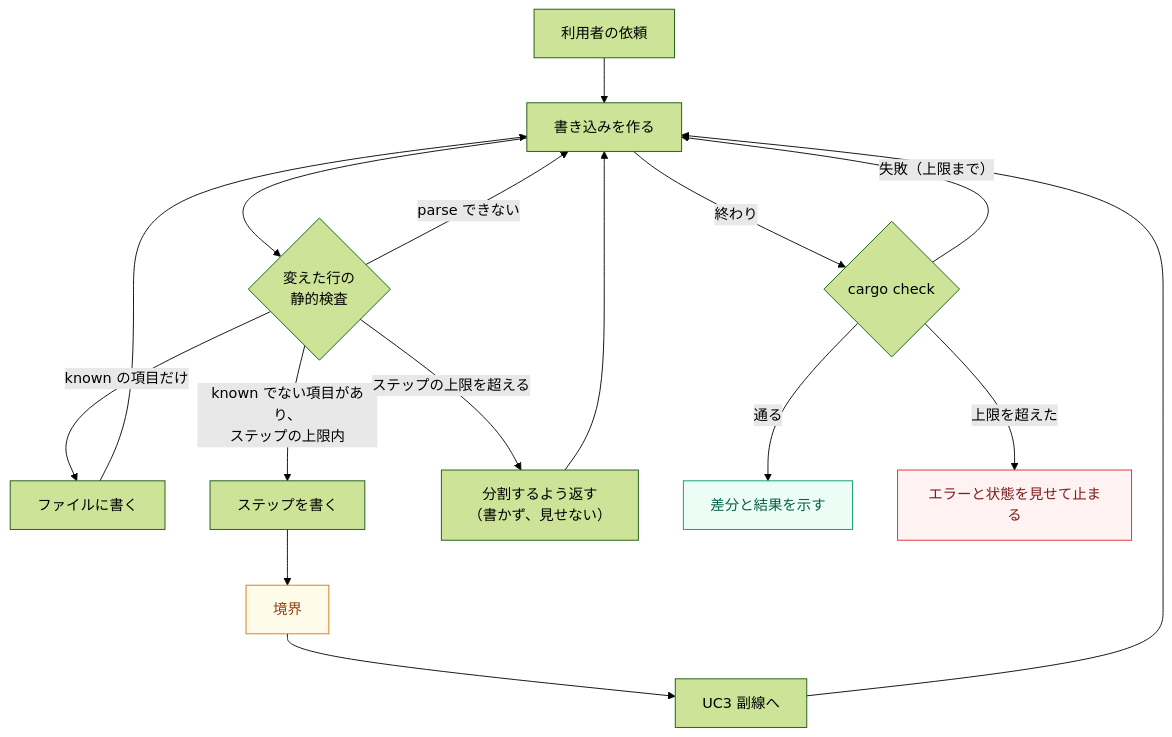
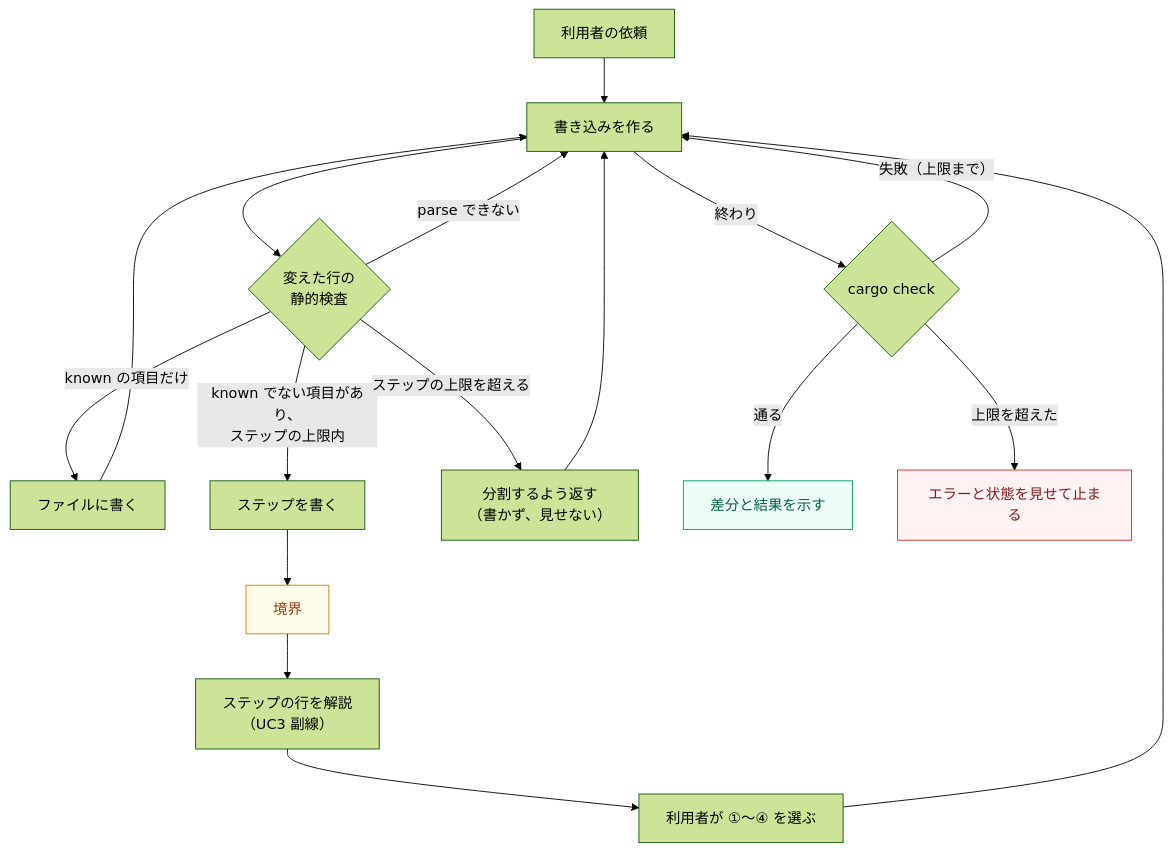
One commit to sumiredc/molt changed the fourth of 9 diagrams in PRD.ja.md. Above: the diagram before and after it, drawn with Mermaid (forest theme). The commit also changed other lines of this file and 1 other file, not shown here.

````diff
--- a/PRD.ja.md
+++ b/PRD.ja.md
@@ -163,17 +164,17 @@
 ```mermaid
 flowchart TB
   U["利用者の依頼"] --> G["書き込みを作る"]
   G --> C{"変えた行の<br/>静的検査"}
   C -- "parse できない" --> G
   C -- "known の項目だけ" --> W["ファイルに書く"] --> G
   C -- "known でない項目があり、<br/>ステップの上限内" --> WS["ステップを書く"] --> B["境界"]:::warn
-  B --> UC3["UC3 副線へ"] --> G
+  B --> EX["ステップの行を解説<br/>（UC3 副線）"] --> CH["利用者が ①〜④ を選ぶ"] --> G
   C -- "ステップの上限を超える" --> SP["分割するよう返す<br/>（書かず、見せない）"] --> G
   G -- "終わり" --> CK{"cargo check"}
   CK -- "通る" --> SH["差分と結果を示す"]:::ok
   CK -- "失敗（上限まで）" --> G
   CK -- "上限を超えた" --> ST["エラーと状態を見せて止まる"]:::bad
   classDef ok   fill:#ecfdf5,stroke:#059669,color:#065f46
   classDef warn fill:#fffbeb,stroke:#d97706,color:#92400e
   classDef bad  fill:#fef2f2,stroke:#dc2626,color:#7f1d1d
 ```
````
